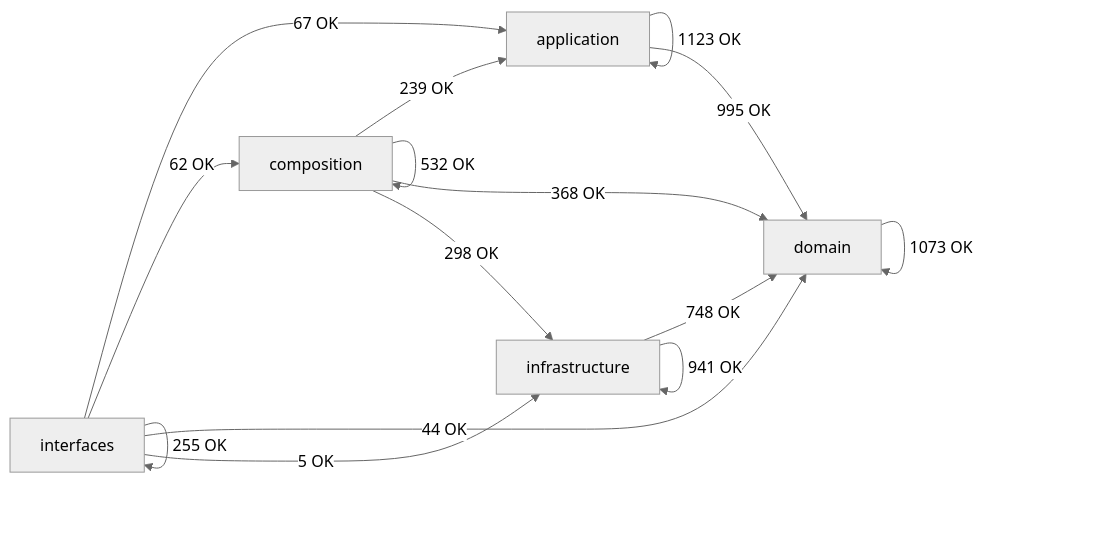
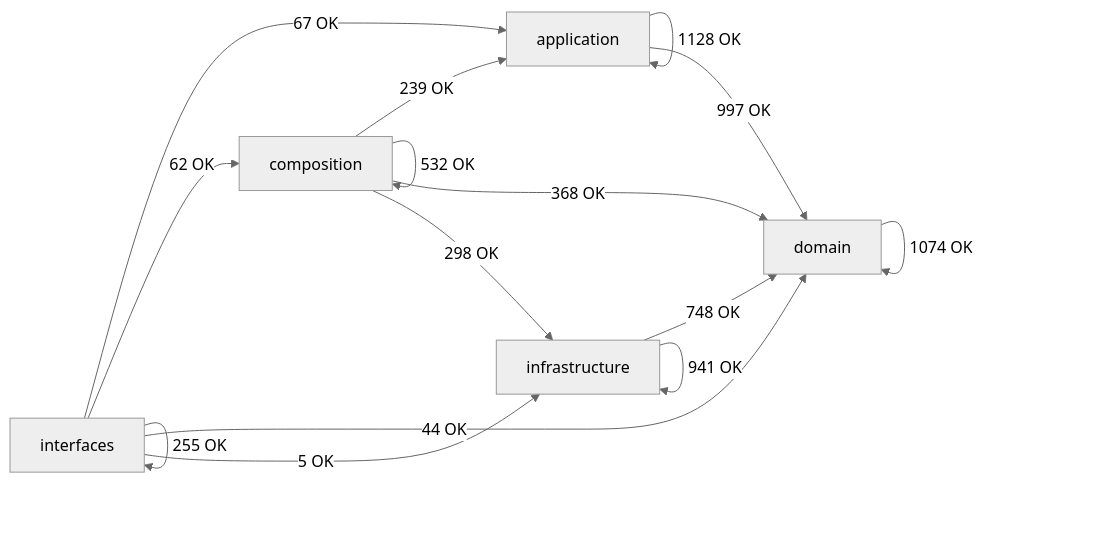
The diagram in docs/02-architecture/generated/module-dependency-map.md (SatoryKono/BioactivityDataAcquisition), drawn with Mermaid (neutral theme) before and after one commit. The commit also changed other lines of this file and 280 other files, not shown here.

````diff
--- a/docs/02-architecture/generated/module-dependency-map.md
+++ b/docs/02-architecture/generated/module-dependency-map.md
@@ -17,22 +17,22 @@
 ```mermaid
 flowchart LR
     domain[domain]
     application[application]
     infrastructure[infrastructure]
     composition[composition]
     interfaces[interfaces]
-    application -->|1123 OK| application
-    application -->|995 OK| domain
+    application -->|1128 OK| application
+    application -->|997 OK| domain
     composition -->|239 OK| application
     composition -->|532 OK| composition
     composition -->|368 OK| domain
     composition -->|298 OK| infrastructure
-    domain -->|1073 OK| domain
+    domain -->|1074 OK| domain
     infrastructure -->|748 OK| domain
     infrastructure -->|941 OK| infrastructure
     interfaces -->|67 OK| application
     interfaces -->|62 OK| composition
     interfaces -->|44 OK| domain
     interfaces -->|5 OK| infrastructure
     interfaces -->|255 OK| interfaces
 ```
````
